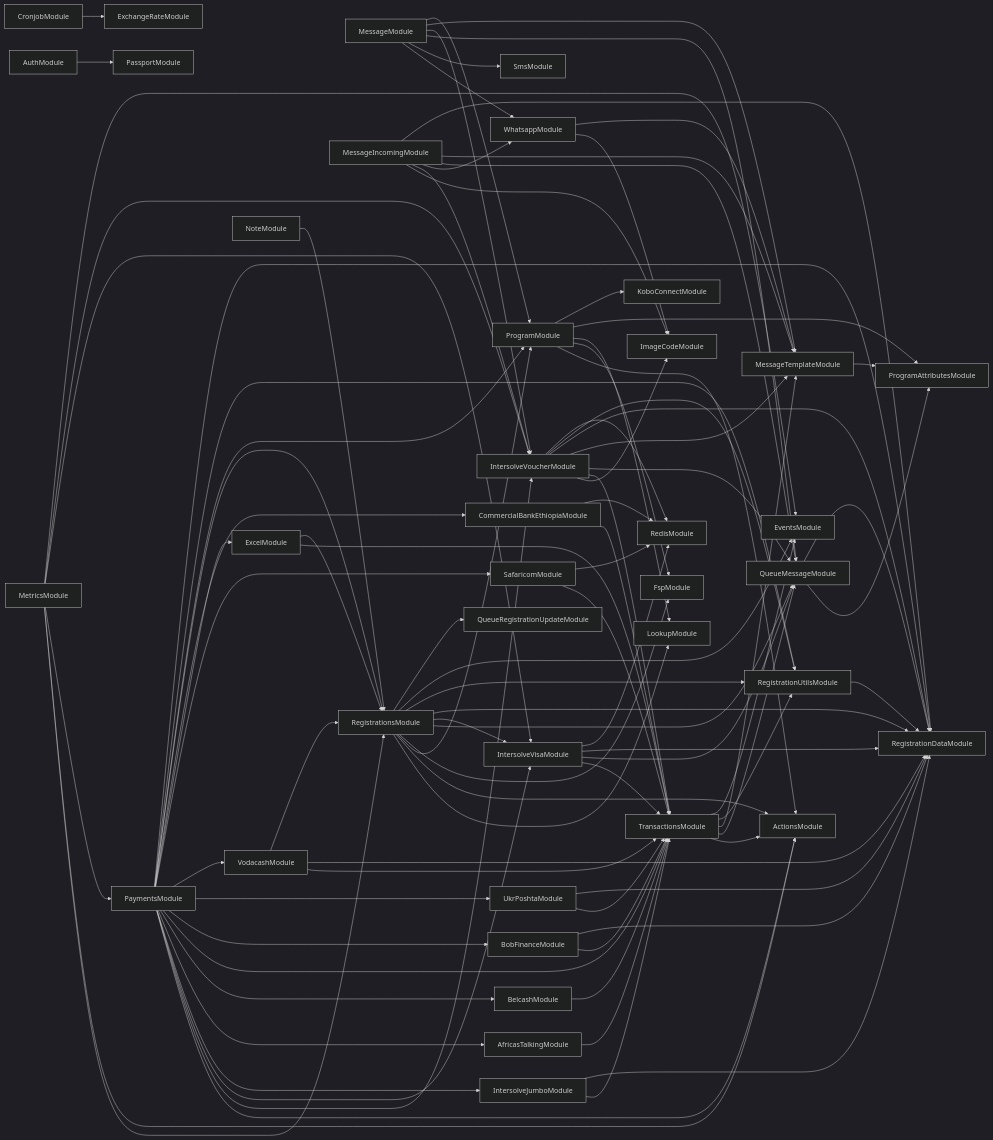
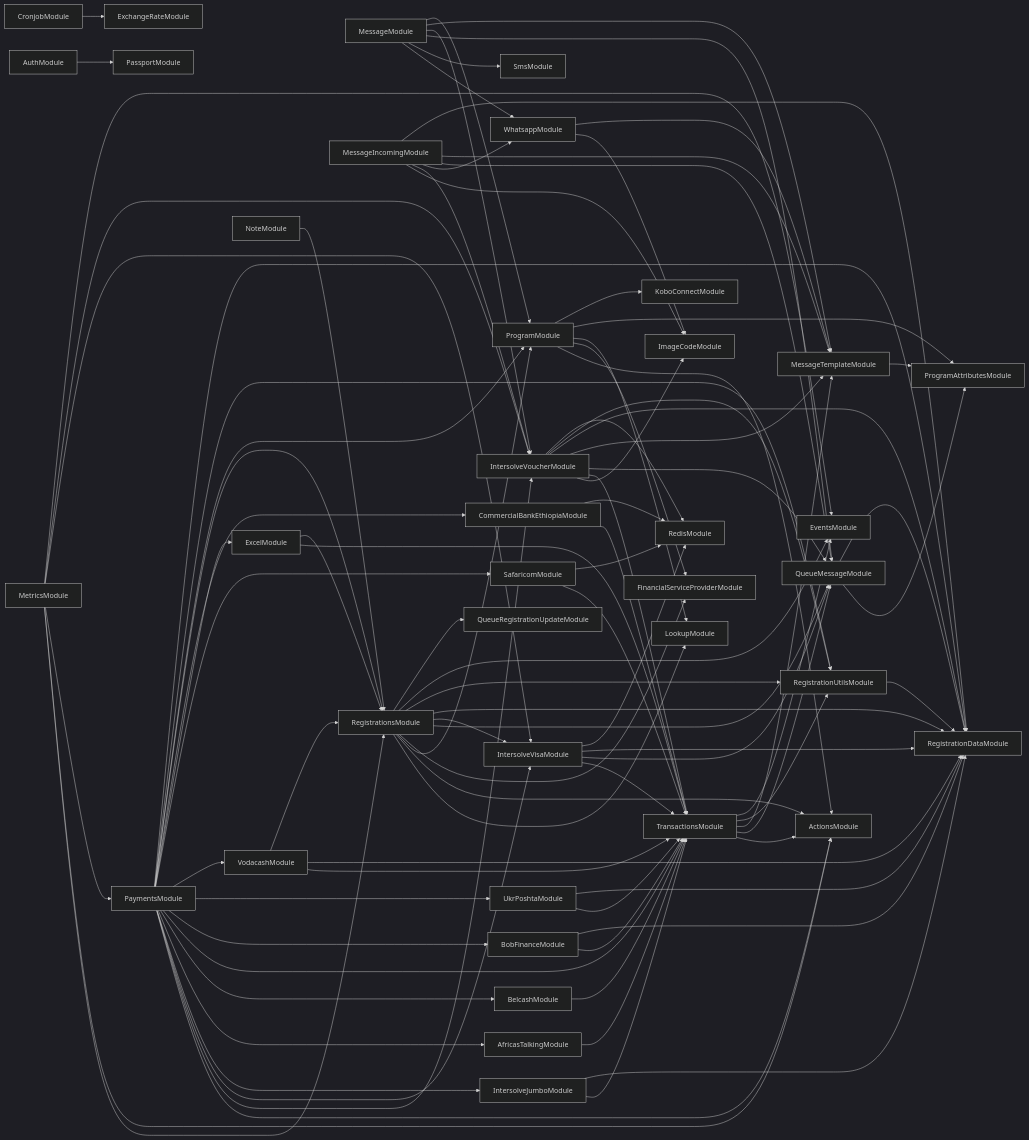
The diagram in services/121-service/module-dependencies.md (global-121/121-platform), drawn with Mermaid (dark theme) before and after one commit. The commit also changed 78 other files, not shown here.

```diff
--- a/services/121-service/module-dependencies.md
+++ b/services/121-service/module-dependencies.md
@@ -5,7 +5,7 @@
   CronjobModule-->ExchangeRateModule
   MessageTemplateModule-->ProgramAttributesModule
   ProgramModule-->ActionsModule
-  ProgramModule-->FspModule
+  ProgramModule-->FinancialServiceProviderModule
   ProgramModule-->LookupModule
   ProgramModule-->ProgramAttributesModule
   ProgramModule-->KoboConnectModule
@@ -36,7 +36,7 @@
   RegistrationsModule-->LookupModule
   RegistrationsModule-->ActionsModule
   RegistrationsModule-->ProgramModule
-  RegistrationsModule-->FspModule
+  RegistrationsModule-->FinancialServiceProviderModule
   RegistrationsModule-->QueueMessageModule
   RegistrationsModule-->IntersolveVisaModule
   IntersolveVisaModule-->TransactionsModule
```
